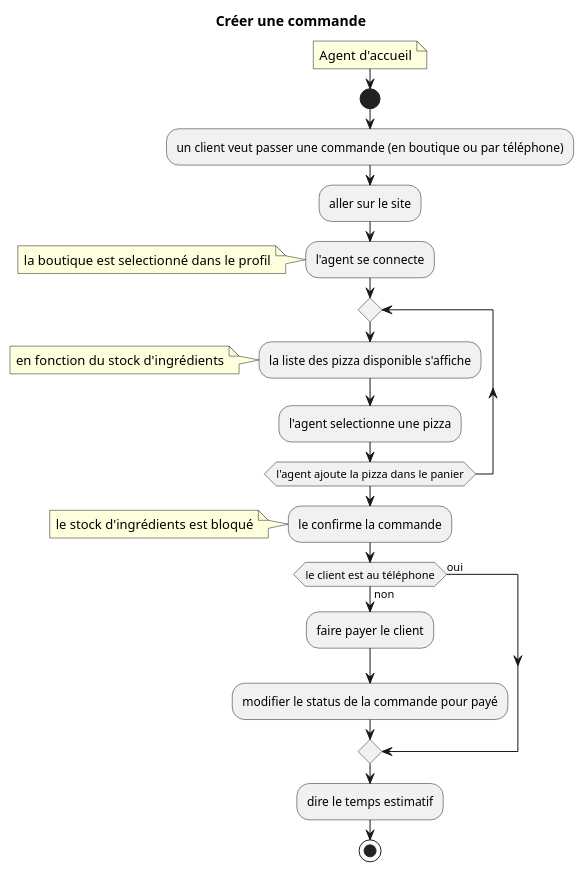
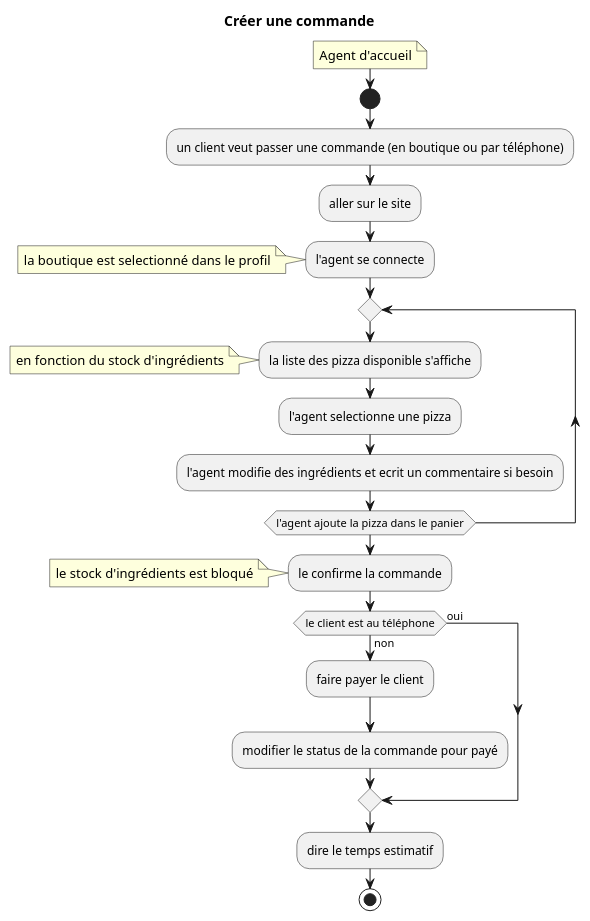
One commit to Zepmanbc/oc_dapython_pr4 changed the diagram in doc/uml/4_Commande_CREATE_CMD_2_ActivityDiagram.puml. Above: the diagram before and after it, drawn with PlantUML. The commit also changed 24 other files, not shown here.

```diff
--- a/doc/uml/4_Commande_CREATE_CMD_2_ActivityDiagram.puml
+++ b/doc/uml/4_Commande_CREATE_CMD_2_ActivityDiagram.puml
@@ -1,29 +1,30 @@
 @startuml 4_Commande_CREATE_CMD_2_ActivityDiagram
 
 title Créer une commande
 
 note: Agent d'accueil
 
 start
 
 :un client veut passer une commande (en boutique ou par téléphone);
 
 :aller sur le site;
 :l'agent se connecte;
 note: la boutique est selectionné dans le profil
 repeat
 :la liste des pizza disponible s'affiche;
 note : en fonction du stock d'ingrédients
 :l'agent selectionne une pizza;
+:l'agent modifie des ingrédients et ecrit un commentaire si besoin;
 repeat while (l'agent ajoute la pizza dans le panier)
 :le confirme la commande;
 note: le stock d'ingrédients est bloqué
 if (le client est au téléphone) then (oui)
 else (non)
     :faire payer le client;
     :modifier le status de la commande pour payé;
 endif
 :dire le temps estimatif;
 stop
 
 @enduml
```
